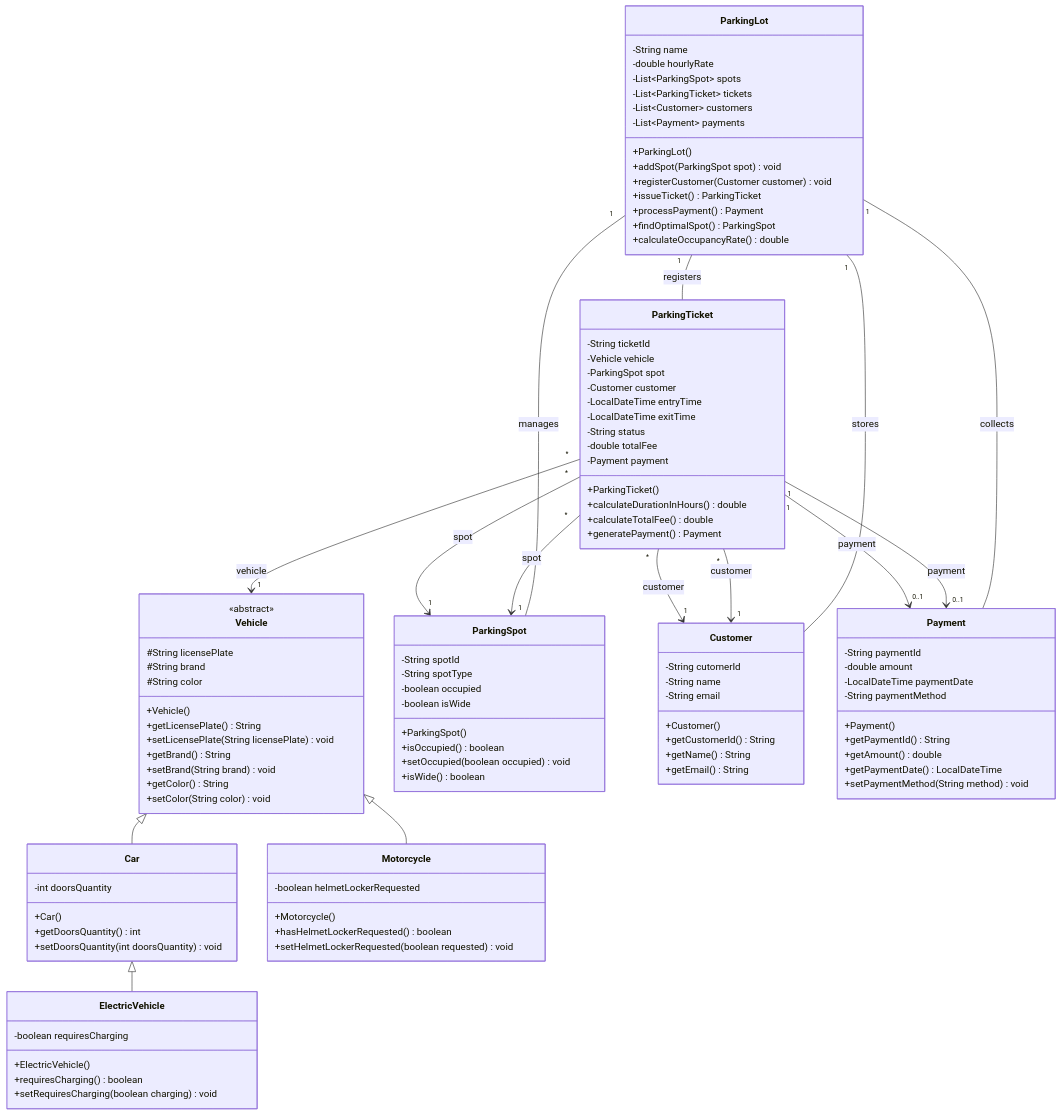
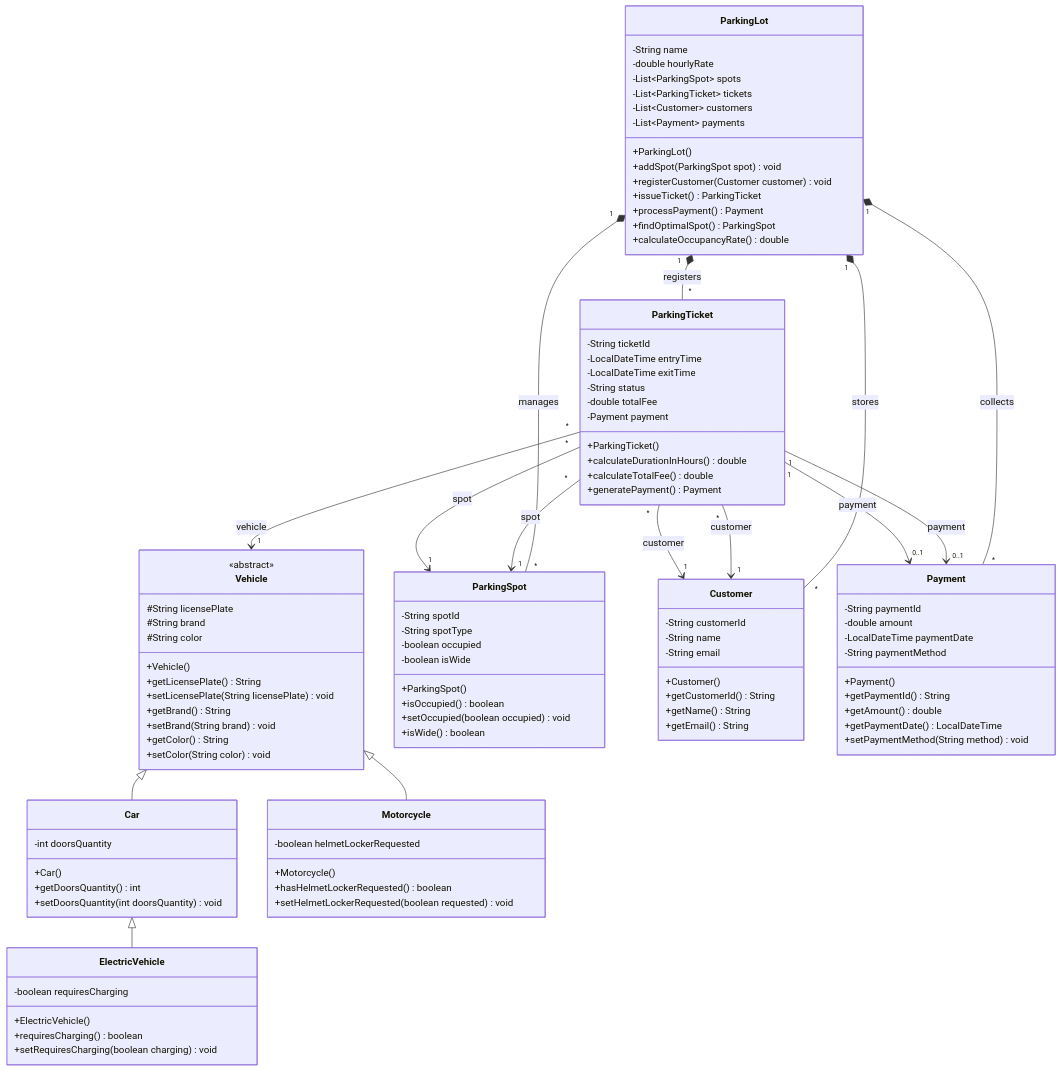
The diagram in README.md (Quinchia2/POO_FinalProject_Quinchia_Narvaez), drawn with Mermaid before and after one commit.

Commit message:
Refactor ParkingTicket and Customer class attributes
Updated class attributes and relationships in the UML diagram.

```diff
--- a/README.md
+++ b/README.md
@@ -131,9 +131,6 @@
 
 class ParkingTicket {
        -String ticketId
-       -Vehicle vehicle
-       -ParkingSpot spot
-       -Customer customer
        -LocalDateTime entryTime
        -LocalDateTime exitTime
        -String status
@@ -146,7 +143,7 @@
    }
 
 class Customer {
-       -String cutomerId
+       -String customerId
        -String name
        -String email
        +Customer()
@@ -186,10 +183,10 @@
    Vehicle <|-- Motorcycle
    Car <|-- ElectricVehicle
 
-   ParkingLot "1" -- "" ParkingSpot : manages
-   ParkingLot "1" -- "" ParkingTicket : registers
-   ParkingLot "1" -- "" Payment : collects
-   ParkingLot "1" -- "" Customer : stores
+   ParkingLot "1" *-- "*" ParkingSpot : manages
+   ParkingLot "1" *-- "*" ParkingTicket : registers
+   ParkingLot "1" *-- "*" Payment : collects
+   ParkingLot "1" *-- "*" Customer : stores
 
    ParkingTicket "*" --> "1" Vehicle : vehicle
    ParkingTicket "*" --> "1" ParkingSpot : spot
```
